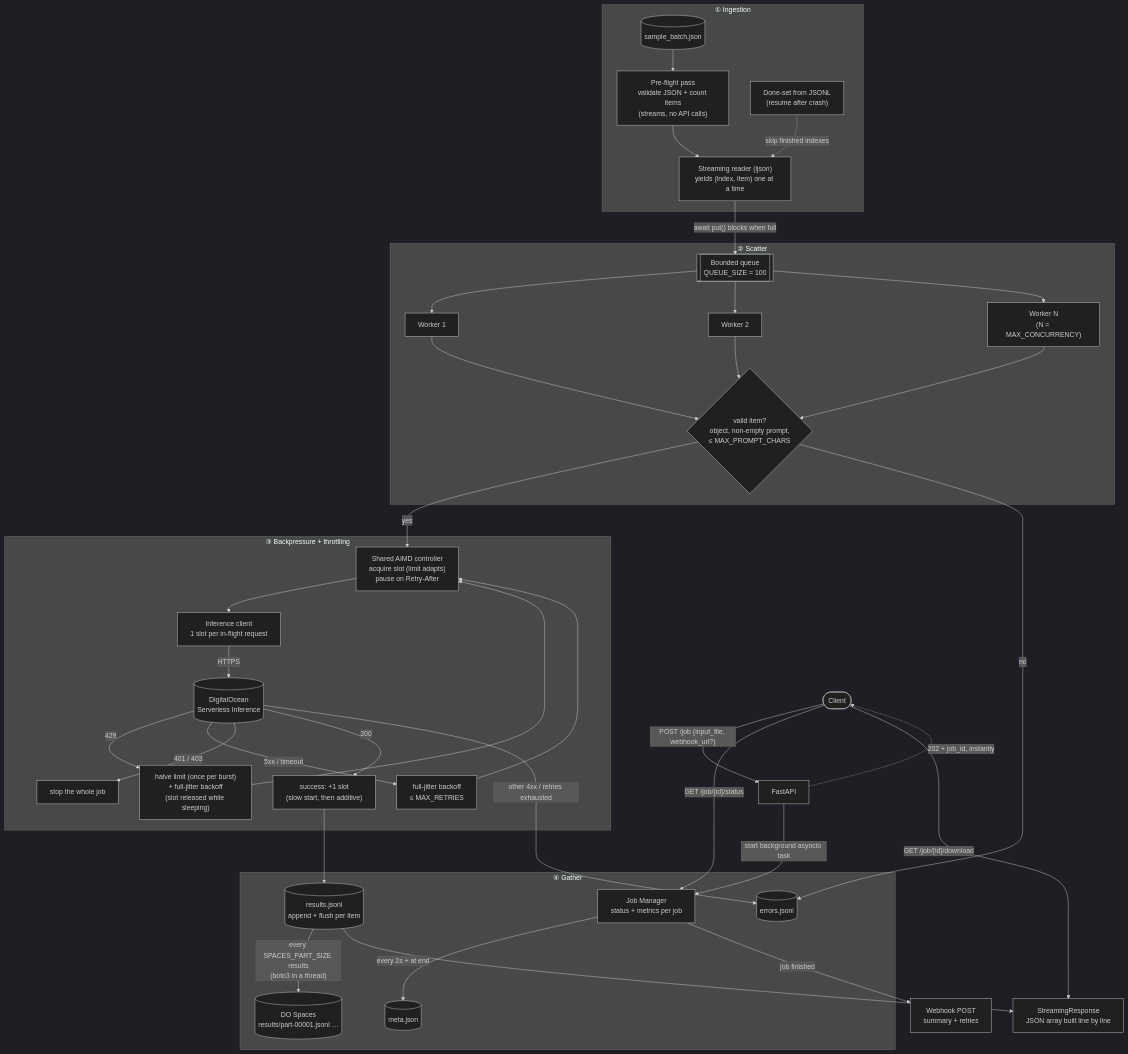
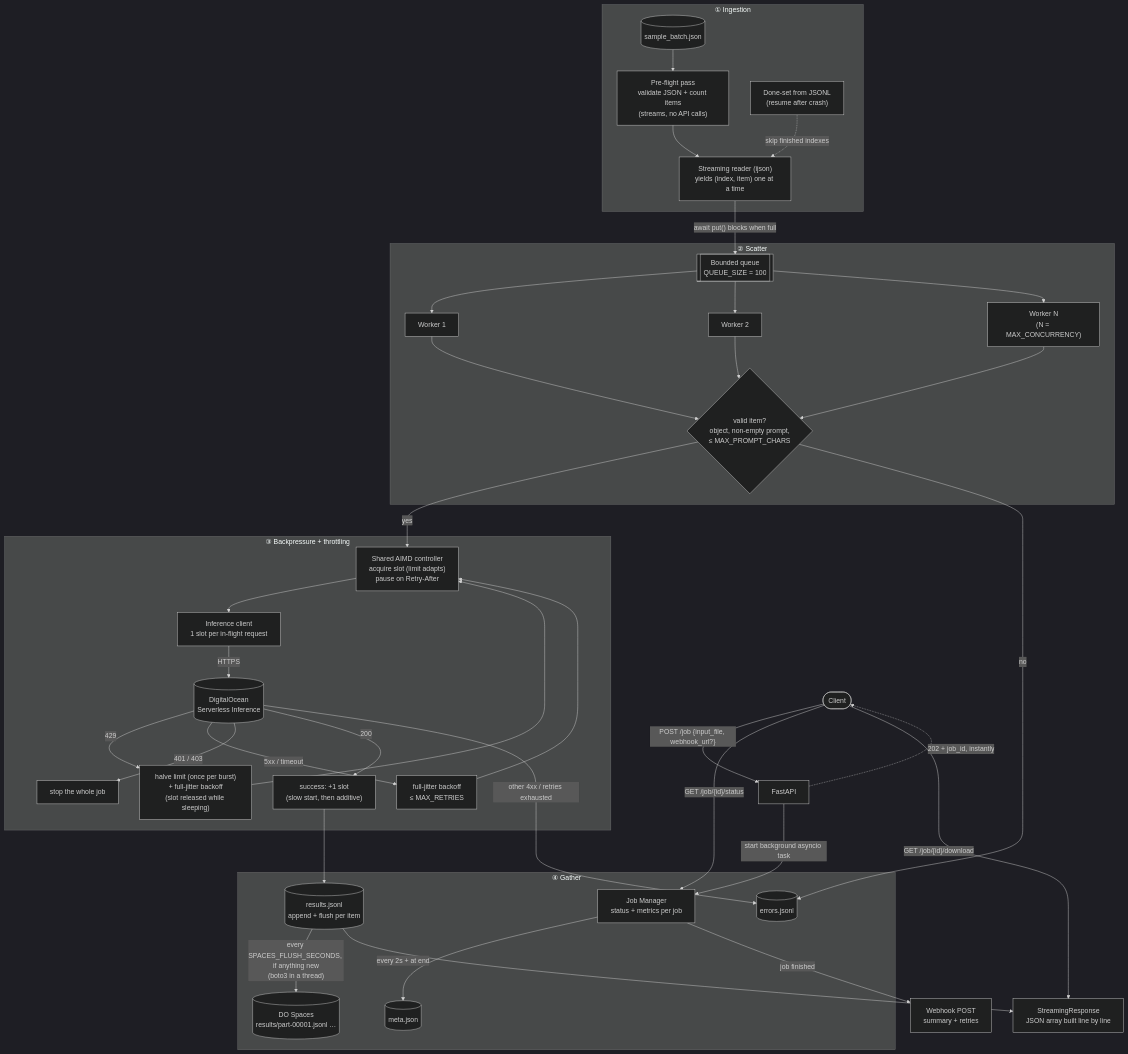
Before and after one commit to ishani2202/batch-inference-engine: the diagram in docs/architecture.md, drawn with Mermaid (dark theme). The commit also changed other lines of this file and 7 other files, not shown here.

First line of the commit message:
Spaces: upload on a timer (SPACES_FLUSH_SECONDS) instead of every N results

````diff
--- a/docs/architecture.md
+++ b/docs/architecture.md
@@ -3,45 +3,45 @@
 ```mermaid
 flowchart TD
     Client([Client]) -->|"POST /job {input_file, webhook_url?}"| API[FastAPI]
     API -.->|"202 + job_id, instantly"| Client
     API -->|"start background asyncio task"| JM["Job Manager<br/>status + metrics per job"]
 
     subgraph ING["① Ingestion"]
         F[("sample_batch.json")] --> PF["Pre-flight pass<br/>validate JSON + count items<br/>(streams, no API calls)"]
         PF --> R["Streaming reader (ijson)<br/>yields (index, item) one at a time"]
         DS["Done-set from JSONL<br/>(resume after crash)"] -.->|"skip finished indexes"| R
     end
 
     subgraph SCAT["② Scatter"]
         R -->|"await put() blocks when full"| Q[["Bounded queue<br/>QUEUE_SIZE = 100"]]
         Q --> W1[Worker 1]
         Q --> W2[Worker 2]
         Q --> WN["Worker N<br/>(N = MAX_CONCURRENCY)"]
         W1 & W2 & WN --> V{"valid item?<br/>object, non-empty prompt,<br/>≤ MAX_PROMPT_CHARS"}
     end
 
     subgraph BP["③ Backpressure + throttling"]
         V -->|yes| L["Shared AIMD controller<br/>acquire slot (limit adapts)<br/>pause on Retry-After"]
         L --> C["Inference client<br/>1 slot per in-flight request"]
         C -->|HTTPS| DO[("DigitalOcean<br/>Serverless Inference")]
         DO -->|"429"| L2["halve limit (once per burst)<br/>+ full-jitter backoff<br/>(slot released while sleeping)"]
         DO -->|"5xx / timeout"| B["full-jitter backoff<br/>≤ MAX_RETRIES"]
         DO -->|"401 / 403"| X["stop the whole job"]
         DO -->|"200"| S["success: +1 slot<br/>(slow start, then additive)"]
         L2 --> L
         B --> L
     end
 
     subgraph GATH["④ Gather"]
         S --> RJ[("results.jsonl<br/>append + flush per item")]
         V -->|no| EJ[("errors.jsonl")]
         DO -->|"other 4xx / retries exhausted"| EJ
-        RJ -->|"every SPACES_PART_SIZE results<br/>(boto3 in a thread)"| SP[("DO Spaces<br/>results/part-00001.jsonl …")]
+        RJ -->|"every SPACES_FLUSH_SECONDS, if anything new<br/>(boto3 in a thread)"| SP[("DO Spaces<br/>results/part-00001.jsonl …")]
         JM -->|"every 2s + at end"| MJ[("meta.json")]
     end
 
     JM -->|"job finished"| WH["Webhook POST<br/>summary + retries"]
     Client -->|"GET /job/{id}/status"| JM
     Client -->|"GET /job/{id}/download"| DL["StreamingResponse<br/>JSON array built line by line"]
     RJ --> DL
 ```
````
